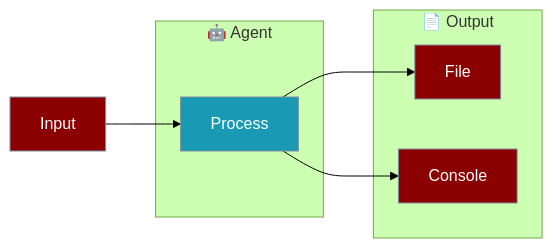
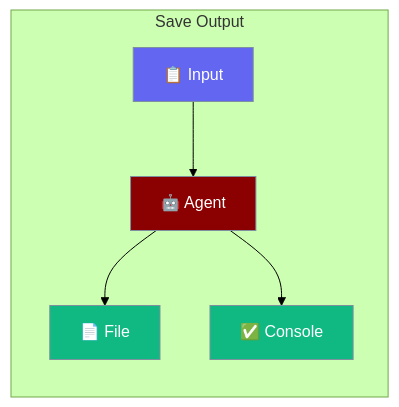
Before and after one commit to MervinPraison/PraisonAIDocs: the first of 6 diagrams in docs/features/save-output.mdx, drawn with Mermaid (forest theme). The commit also changed other lines of this file and 2 other files, not shown here.

Commit message:
docs: add hero graph LR + sequenceDiagram to custom-actions, save-output; fix workflow-routing hero (#1675)

````diff
--- a/docs/features/save-output.mdx
+++ b/docs/features/save-output.mdx
@@ -23,20 +23,15 @@
 ```mermaid
-flowchart LR
-    subgraph Agent["🤖 Agent"]
-        A[Process]
+graph LR
+    subgraph "Save Output"
+        In[📋 Input] --> A[🤖 Agent]
+        A --> F[📄 File]
+        A --> C[✅ Console]
     end
-    
-    subgraph Output["📄 Output"]
-        F[File]
-        C[Console]
-    end
-    
-    In[Input] --> A
-    A --> F
-    A --> C
-    
+
+    classDef input fill:#6366F1,stroke:#7C90A0,color:#fff
     classDef agent fill:#8B0000,stroke:#7C90A0,color:#fff
-    classDef tool fill:#189AB4,stroke:#7C90A0,color:#fff
-    class In,F,C agent
-    class A tool
+    classDef output fill:#10B981,stroke:#7C90A0,color:#fff
+    class In input
+    class A agent
+    class F,C output
 ```
````
